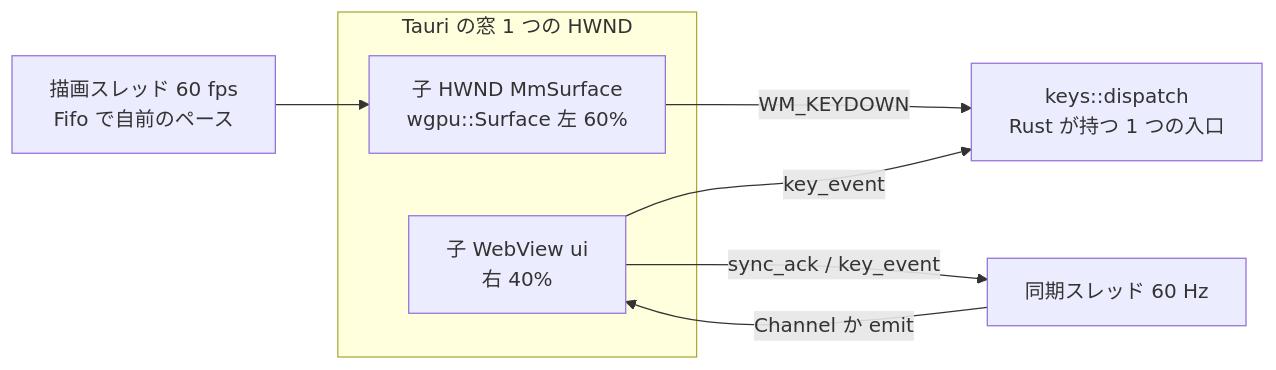
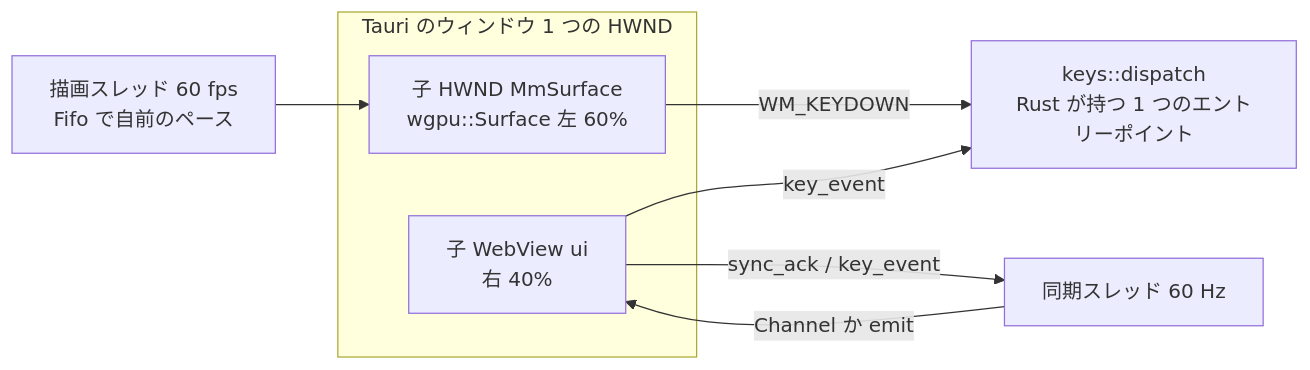
Before and after one commit to Durun/claude-marketplace: the diagram in movie-maker/docs/design/spikes/window.md, drawn with Mermaid. The commit also changed other lines of this file and 320 other files, not shown here.

````diff
--- a/movie-maker/docs/design/spikes/window.md
+++ b/movie-maker/docs/design/spikes/window.md
@@ -26,12 +26,12 @@
 ```mermaid
 flowchart LR
-  subgraph WIN[Tauri の窓 1 つの HWND]
+  subgraph WIN[Tauri のウィンドウ 1 つの HWND]
     S[子 HWND MmSurface<br>wgpu::Surface 左 60%]
     W[子 WebView ui<br>右 40%]
   end
   R[描画スレッド 60 fps<br>Fifo で自前のペース] --> S
   Y[同期スレッド 60 Hz] -- Channel か emit --> W
   W -- sync_ack / key_event --> Y
-  S -- WM_KEYDOWN --> K[keys::dispatch<br>Rust が持つ 1 つの入口]
+  S -- WM_KEYDOWN --> K[keys::dispatch<br>Rust が持つ 1 つのエントリーポイント]
   W -- key_event --> K
 ```
````
